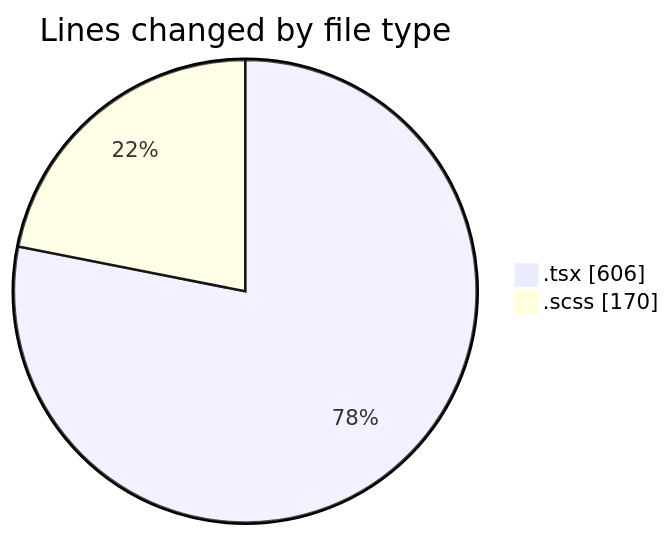
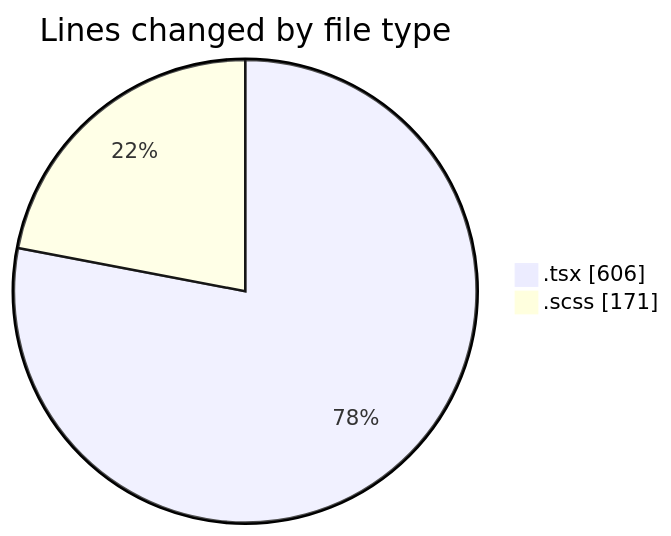
Before and after one commit to momahboobian/code-tracking: the first of 2 diagrams in 2026-04-16/cda/README.md, drawn with Mermaid. The commit also changed other lines of this file and 1 other file, not shown here.

````diff
--- a/2026-04-16/cda/README.md
+++ b/2026-04-16/cda/README.md
@@ -23,6 +23,6 @@
 ```mermaid
 pie showData
 title Lines changed by file type
 ".tsx" : 606
-".scss" : 170
+".scss" : 171
 ```
````
